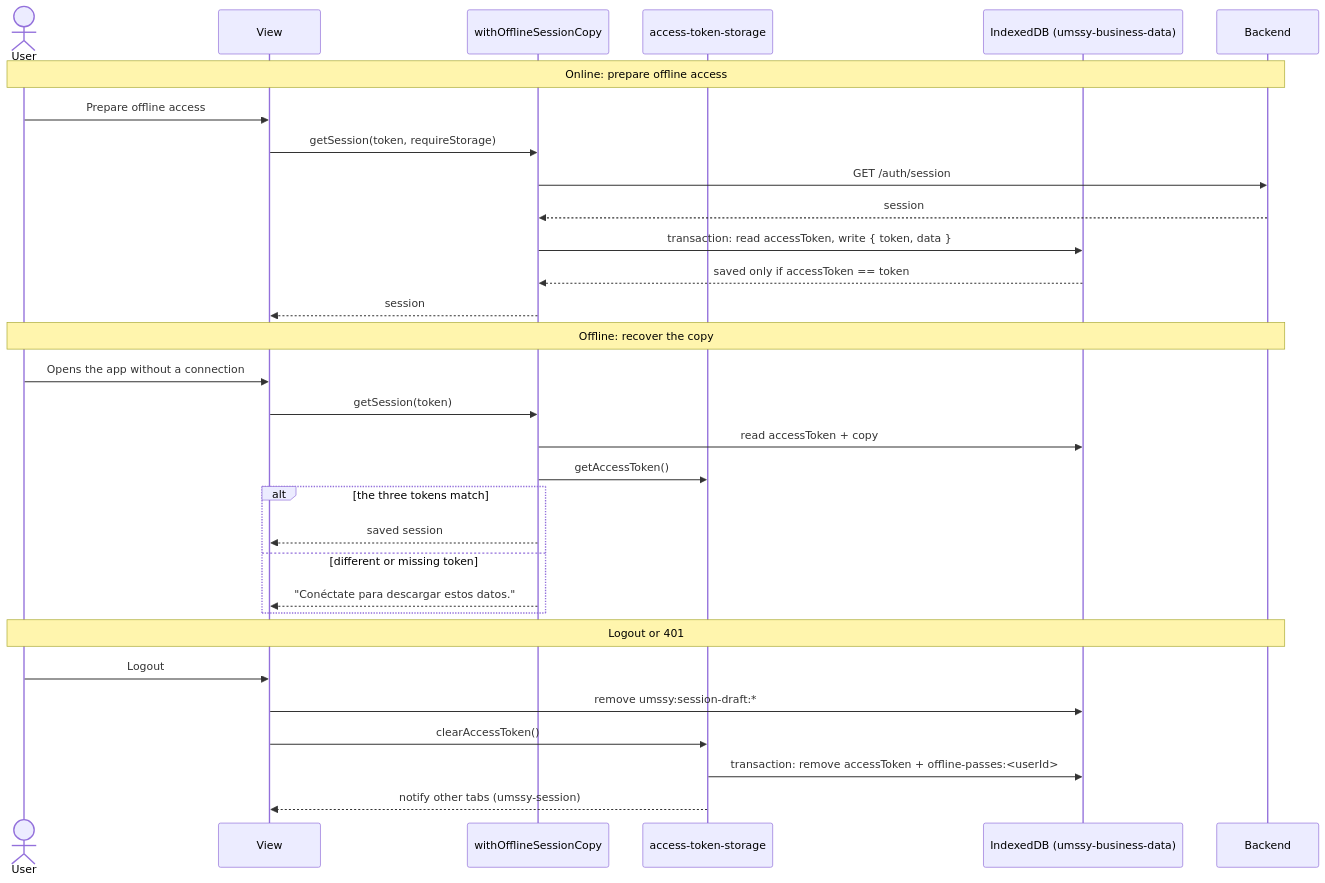
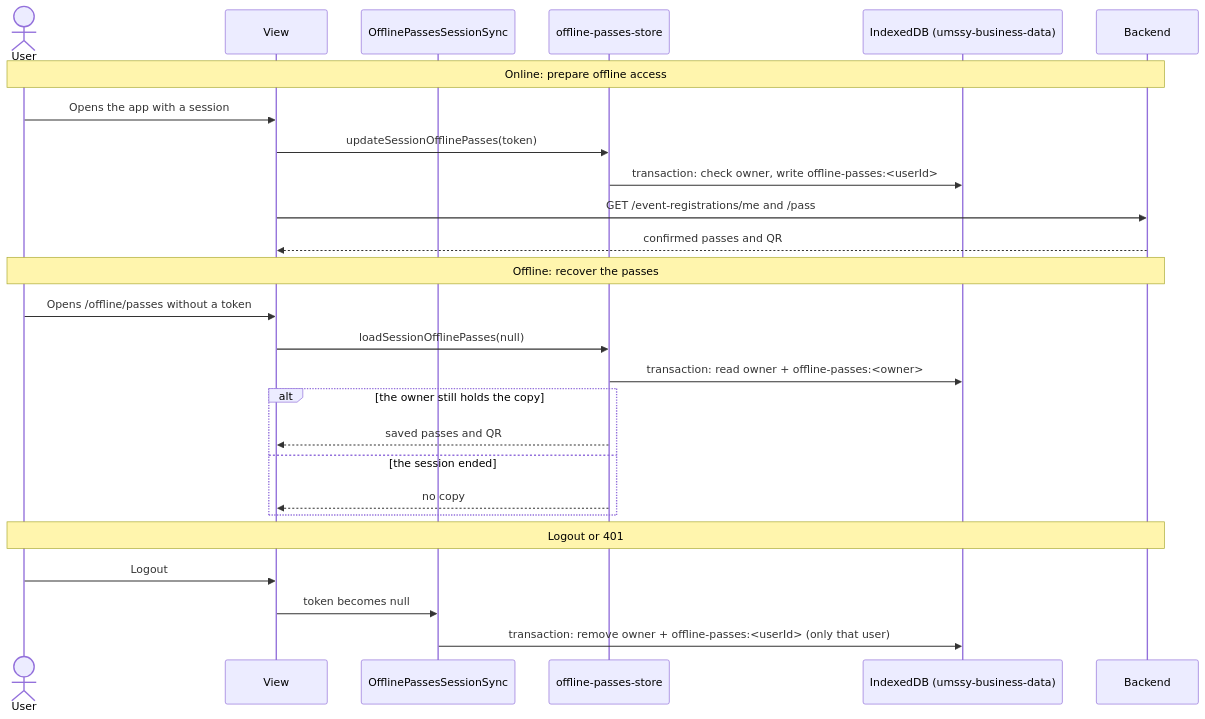
The diagram in docs/auth/README.md (UMSSY/umssy-app), drawn with Mermaid before and after one commit. The commit also changed other lines of this file and 1 other file, not shown here.

Commit message:
docs: describe the offline passes flow

````diff
--- a/docs/auth/README.md
+++ b/docs/auth/README.md
@@ -51,36 +57,31 @@
 ```mermaid
 sequenceDiagram
   actor U as User
   participant V as View
-  participant C as withOfflineSessionCopy
-  participant T as access-token-storage
+  participant S as OfflinePassesSessionSync
+  participant P as offline-passes-store
   participant DB as IndexedDB (umssy-business-data)
   participant API as Backend
 
   Note over U,API: Online: prepare offline access
-  U->>V: Prepare offline access
-  V->>C: getSession(token, requireStorage)
-  C->>API: GET /auth/session
-  API-->>C: session
-  C->>DB: transaction: read accessToken, write { token, data }
-  DB-->>C: saved only if accessToken == token
-  C-->>V: session
+  U->>V: Opens the app with a session
+  V->>P: updateSessionOfflinePasses(token)
+  P->>DB: transaction: check owner, write offline-passes:<userId>
+  V->>API: GET /event-registrations/me and /pass
+  API-->>V: confirmed passes and QR
 
-  Note over U,API: Offline: recover the copy
-  U->>V: Opens the app without a connection
-  V->>C: getSession(token)
-  C->>DB: read accessToken + copy
-  C->>T: getAccessToken()
-  alt the three tokens match
-    C-->>V: saved session
-  else different or missing token
-    C-->>V: "Conéctate para descargar estos datos."
+  Note over U,API: Offline: recover the passes
+  U->>V: Opens /offline/passes without a token
+  V->>P: loadSessionOfflinePasses(null)
+  P->>DB: transaction: read owner + offline-passes:<owner>
+  alt the owner still holds the copy
+    P-->>V: saved passes and QR
+  else the session ended
+    P-->>V: no copy
   end
 
   Note over U,API: Logout or 401
   U->>V: Logout
-  V->>DB: remove umssy:session-draft:*
-  V->>T: clearAccessToken()
-  T->>DB: transaction: remove accessToken + offline-passes:<userId>
-  T-->>V: notify other tabs (umssy-session)
+  V->>S: token becomes null
+  S->>DB: transaction: remove owner + offline-passes:<userId> (only that user)
 ```
````
